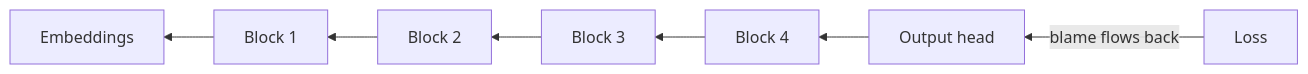
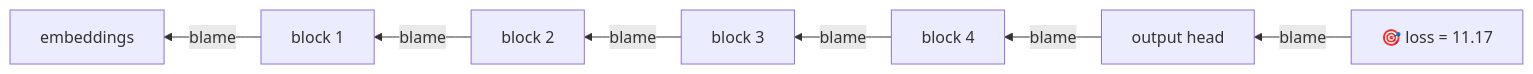
One commit to Ranjeet0611/tinygpt changed the fourth of 12 diagrams in docs/06-training.md. Above: the diagram before and after it, drawn with Mermaid. The commit also changed other lines of this file and 9 other files, not shown here.

````diff
--- a/docs/06-training.md
+++ b/docs/06-training.md
@@ -55,5 +131,9 @@
 ```mermaid
 flowchart RL
-    L["Loss"] -->|"blame flows back"| H["Output head"]
-    H --> BN["Block 4"] --> B3["Block 3"] --> B2["Block 2"] --> B1["Block 1"] --> E["Embeddings"]
+    L["🎯 loss = 11.17"] -->|"blame"| H["output head"]
+    H -->|"blame"| B4["block 4"]
+    B4 -->|"blame"| B3["block 3"]
+    B3 -->|"blame"| B2["block 2"]
+    B2 -->|"blame"| B1["block 1"]
+    B1 -->|"blame"| E["embeddings"]
 ```
````
